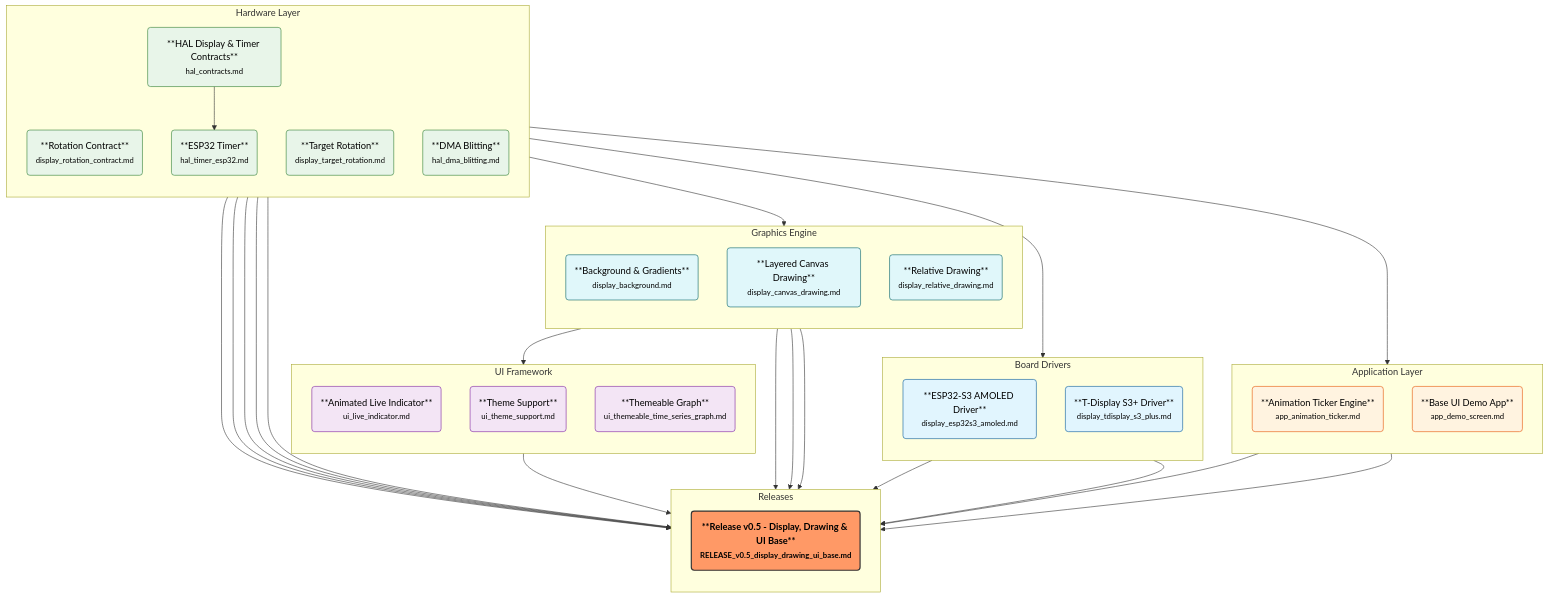
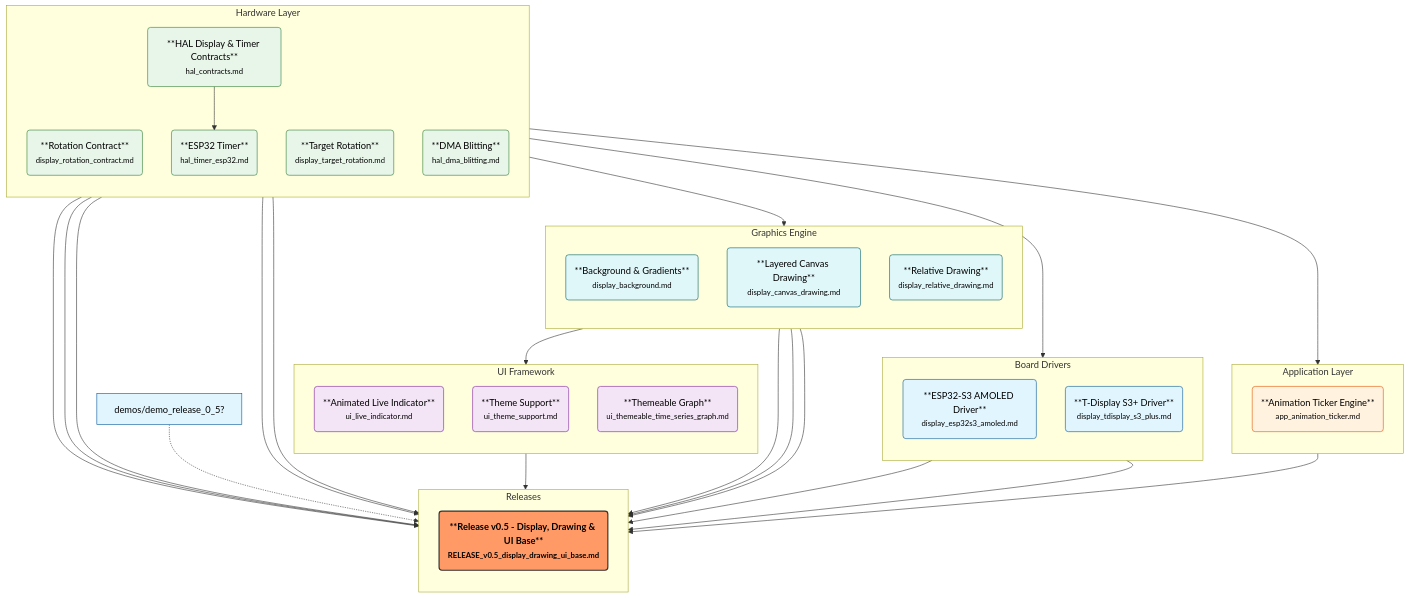
The diagram in feature_graph.mmd (rlabarca/LPad), drawn with Mermaid before and after one commit. The commit also changed 2 other files, not shown here.

Commit message:
refactor(features): Rename app_demo_screen to features/demos/demo_release_0.5.md

```diff
--- a/feature_graph.mmd
+++ b/feature_graph.mmd
@@ -1,68 +1,67 @@
 graph TD
     %% Styling
     classDef default fill:#e1f5fe,stroke:#01579b,stroke-width:1px,color:black;
     classDef release fill:#f96,stroke:#333,stroke-width:2px,color:black,font-weight:bold;
     classDef hardware fill:#e8f5e9,stroke:#2e7d32,stroke-width:1px,color:black;
     classDef ui fill:#f3e5f5,stroke:#7b1fa2,stroke-width:1px,color:black;
     classDef app fill:#fff3e0,stroke:#e65100,stroke-width:1px,color:black;
     classDef graphics fill:#e0f7fa,stroke:#006064,stroke-width:1px,color:black;
 
     subgraph Application_Layer ["Application Layer"]
         direction TB
         app_animation_ticker("**Animation Ticker Engine**<br/><small>app_animation_ticker.md</small>"):::app
-        app_demo_screen("**Base UI Demo App**<br/><small>app_demo_screen.md</small>"):::app
     end
 
     subgraph Board_Drivers ["Board Drivers"]
         direction TB
         display_esp32s3_amoled("**ESP32-S3 AMOLED Driver**<br/><small>display_esp32s3_amoled.md</small>")
         display_tdisplay_s3_plus("**T-Display S3+ Driver**<br/><small>display_tdisplay_s3_plus.md</small>")
     end
 
     subgraph Graphics_Engine ["Graphics Engine"]
         direction TB
         display_background("**Background & Gradients**<br/><small>display_background.md</small>"):::graphics
         display_canvas_drawing("**Layered Canvas Drawing**<br/><small>display_canvas_drawing.md</small>"):::graphics
         display_relative_drawing("**Relative Drawing**<br/><small>display_relative_drawing.md</small>"):::graphics
     end
 
     subgraph Hardware_Layer ["Hardware Layer"]
         direction TB
         display_rotation_contract("**Rotation Contract**<br/><small>display_rotation_contract.md</small>"):::hardware
         display_target_rotation("**Target Rotation**<br/><small>display_target_rotation.md</small>"):::hardware
         hal_contracts("**HAL Display & Timer Contracts**<br/><small>hal_contracts.md</small>"):::hardware
         hal_dma_blitting("**DMA Blitting**<br/><small>hal_dma_blitting.md</small>"):::hardware
         hal_timer_esp32("**ESP32 Timer**<br/><small>hal_timer_esp32.md</small>"):::hardware
     end
 
     subgraph Releases ["Releases"]
         direction TB
         RELEASE_v0_5_display_drawing_ui_base("**Release v0.5 - Display, Drawing & UI Base**<br/><small>RELEASE_v0.5_display_drawing_ui_base.md</small>"):::release
     end
 
     subgraph UI_Framework ["UI Framework"]
         direction TB
         ui_live_indicator("**Animated Live Indicator**<br/><small>ui_live_indicator.md</small>"):::ui
         ui_theme_support("**Theme Support**<br/><small>ui_theme_support.md</small>"):::ui
         ui_themeable_time_series_graph("**Themeable Graph**<br/><small>ui_themeable_time_series_graph.md</small>"):::ui
     end
 
     %% Relationships
     hal_contracts --> RELEASE_v0_5_display_drawing_ui_base
     hal_timer_esp32 --> RELEASE_v0_5_display_drawing_ui_base
     hal_dma_blitting --> RELEASE_v0_5_display_drawing_ui_base
     display_rotation_contract --> RELEASE_v0_5_display_drawing_ui_base
     display_target_rotation --> RELEASE_v0_5_display_drawing_ui_base
     display_esp32s3_amoled --> RELEASE_v0_5_display_drawing_ui_base
     display_tdisplay_s3_plus --> RELEASE_v0_5_display_drawing_ui_base
     display_canvas_drawing --> RELEASE_v0_5_display_drawing_ui_base
     display_relative_drawing --> RELEASE_v0_5_display_drawing_ui_base
     display_background --> RELEASE_v0_5_display_drawing_ui_base
     app_animation_ticker --> RELEASE_v0_5_display_drawing_ui_base
     ui_live_indicator --> RELEASE_v0_5_display_drawing_ui_base
-    app_demo_screen --> RELEASE_v0_5_display_drawing_ui_base
+    demos/demo_release_0_5[demos/demo_release_0_5?] -.-> RELEASE_v0_5_display_drawing_ui_base
     hal_contracts --> app_animation_ticker
     hal_contracts --> display_canvas_drawing
     hal_contracts --> display_tdisplay_s3_plus
     hal_contracts --> hal_timer_esp32
     display_canvas_drawing --> ui_theme_support
```
